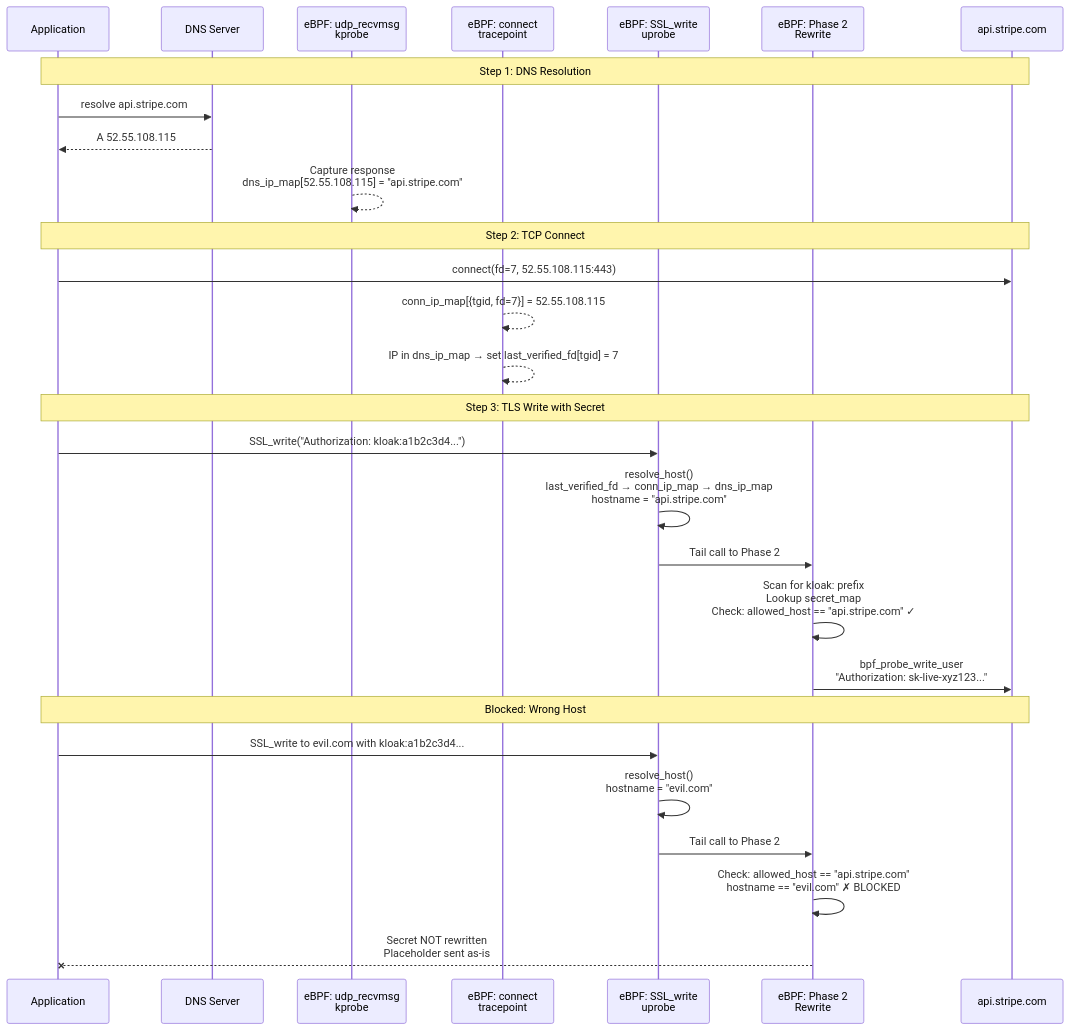
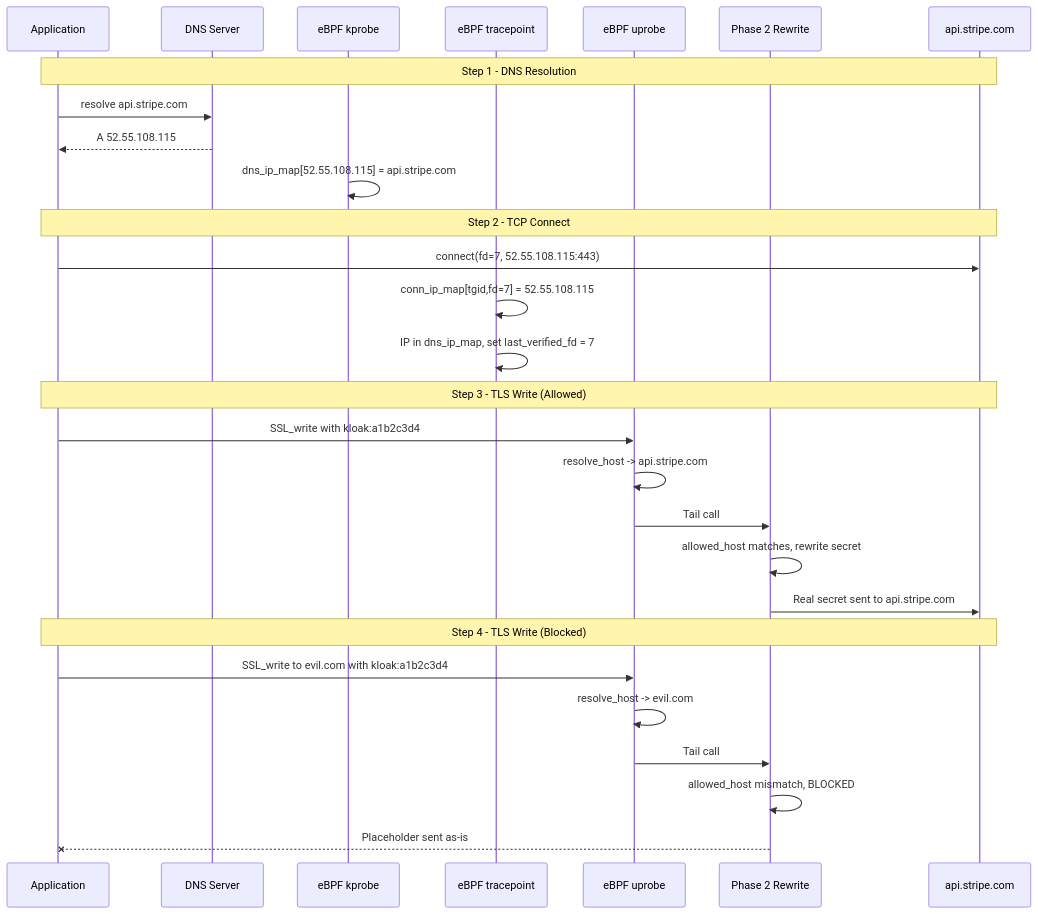
Before and after one commit to spinningfactory/kloak: the second of 2 diagrams in README.md, drawn with Mermaid. The commit also changed other lines of this file, not shown here.

Commit message:
fix: simplify Mermaid diagrams for GitHub rendering
Remove HTML tags (br/), special characters in subgraph names, and
unicode symbols that GitHub's Mermaid renderer doesn't handle well.

````diff
--- a/README.md
+++ b/README.md
@@ -81,34 +81,34 @@
 ```mermaid
 sequenceDiagram
     participant App as Application
     participant DNS as DNS Server
-    participant KP as eBPF: udp_recvmsg<br/>kprobe
-    participant TP as eBPF: connect<br/>tracepoint
-    participant UP as eBPF: SSL_write<br/>uprobe
-    participant P2 as eBPF: Phase 2<br/>Rewrite
+    participant KP as eBPF kprobe
+    participant TP as eBPF tracepoint
+    participant UP as eBPF uprobe
+    participant P2 as Phase 2 Rewrite
     participant Srv as api.stripe.com
 
-    Note over App,Srv: Step 1: DNS Resolution
+    Note over App,Srv: Step 1 - DNS Resolution
     App->>DNS: resolve api.stripe.com
     DNS-->>App: A 52.55.108.115
-    KP-->>KP: Capture response<br/>dns_ip_map[52.55.108.115] = "api.stripe.com"
+    KP->>KP: dns_ip_map[52.55.108.115] = api.stripe.com
 
-    Note over App,Srv: Step 2: TCP Connect
+    Note over App,Srv: Step 2 - TCP Connect
     App->>Srv: connect(fd=7, 52.55.108.115:443)
-    TP-->>TP: conn_ip_map[{tgid, fd=7}] = 52.55.108.115
-    TP-->>TP: IP in dns_ip_map → set last_verified_fd[tgid] = 7
+    TP->>TP: conn_ip_map[tgid,fd=7] = 52.55.108.115
+    TP->>TP: IP in dns_ip_map, set last_verified_fd = 7
 
-    Note over App,Srv: Step 3: TLS Write with Secret
-    App->>UP: SSL_write("Authorization: kloak:a1b2c3d4...")
-    UP->>UP: resolve_host()<br/>last_verified_fd → conn_ip_map → dns_ip_map<br/>hostname = "api.stripe.com"
-    UP->>P2: Tail call to Phase 2
-    P2->>P2: Scan for kloak: prefix<br/>Lookup secret_map<br/>Check: allowed_host == "api.stripe.com" ✓
-    P2->>Srv: bpf_probe_write_user<br/>"Authorization: sk-live-xyz123..."
+    Note over App,Srv: Step 3 - TLS Write (Allowed)
+    App->>UP: SSL_write with kloak:a1b2c3d4
+    UP->>UP: resolve_host -> api.stripe.com
+    UP->>P2: Tail call
+    P2->>P2: allowed_host matches, rewrite secret
+    P2->>Srv: Real secret sent to api.stripe.com
 
-    Note over App,Srv: Blocked: Wrong Host
-    App->>UP: SSL_write to evil.com with kloak:a1b2c3d4...
-    UP->>UP: resolve_host()<br/>hostname = "evil.com"
-    UP->>P2: Tail call to Phase 2
-    P2->>P2: Check: allowed_host == "api.stripe.com"<br/>hostname == "evil.com" ✗ BLOCKED
-    P2--xApp: Secret NOT rewritten<br/>Placeholder sent as-is
+    Note over App,Srv: Step 4 - TLS Write (Blocked)
+    App->>UP: SSL_write to evil.com with kloak:a1b2c3d4
+    UP->>UP: resolve_host -> evil.com
+    UP->>P2: Tail call
+    P2->>P2: allowed_host mismatch, BLOCKED
+    P2--xApp: Placeholder sent as-is
 ```
````
